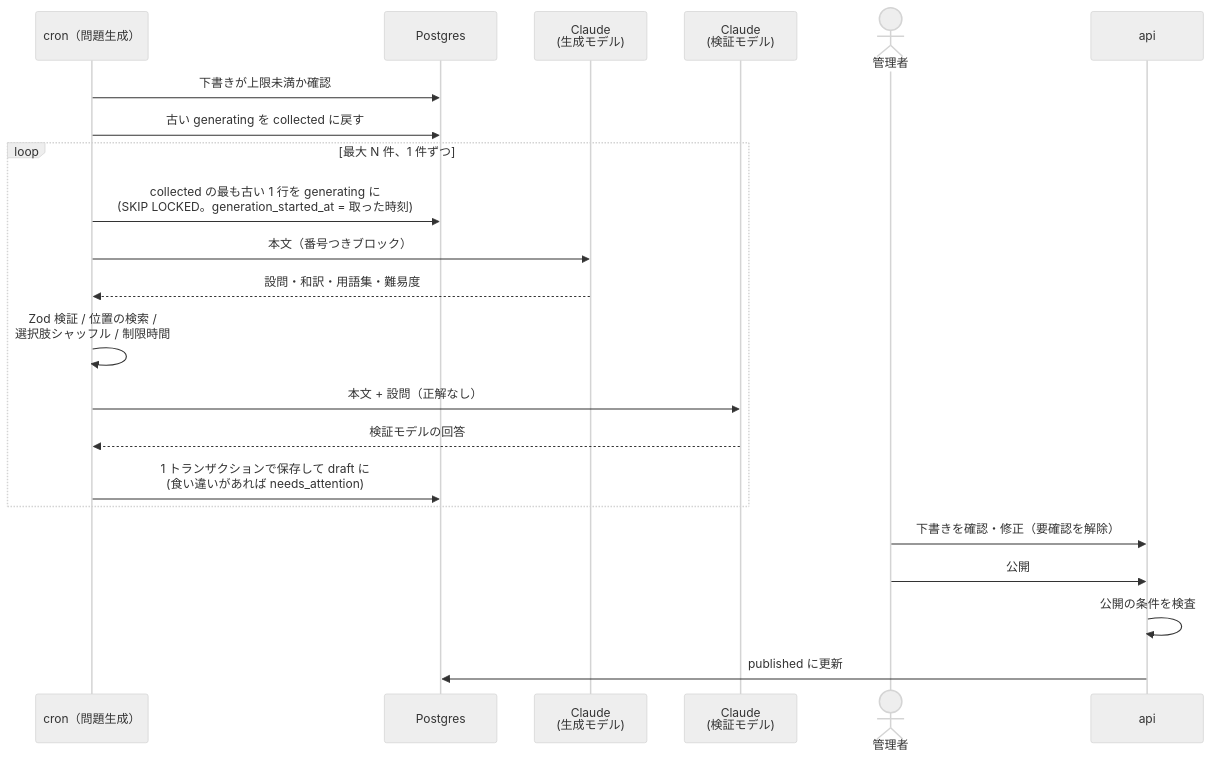
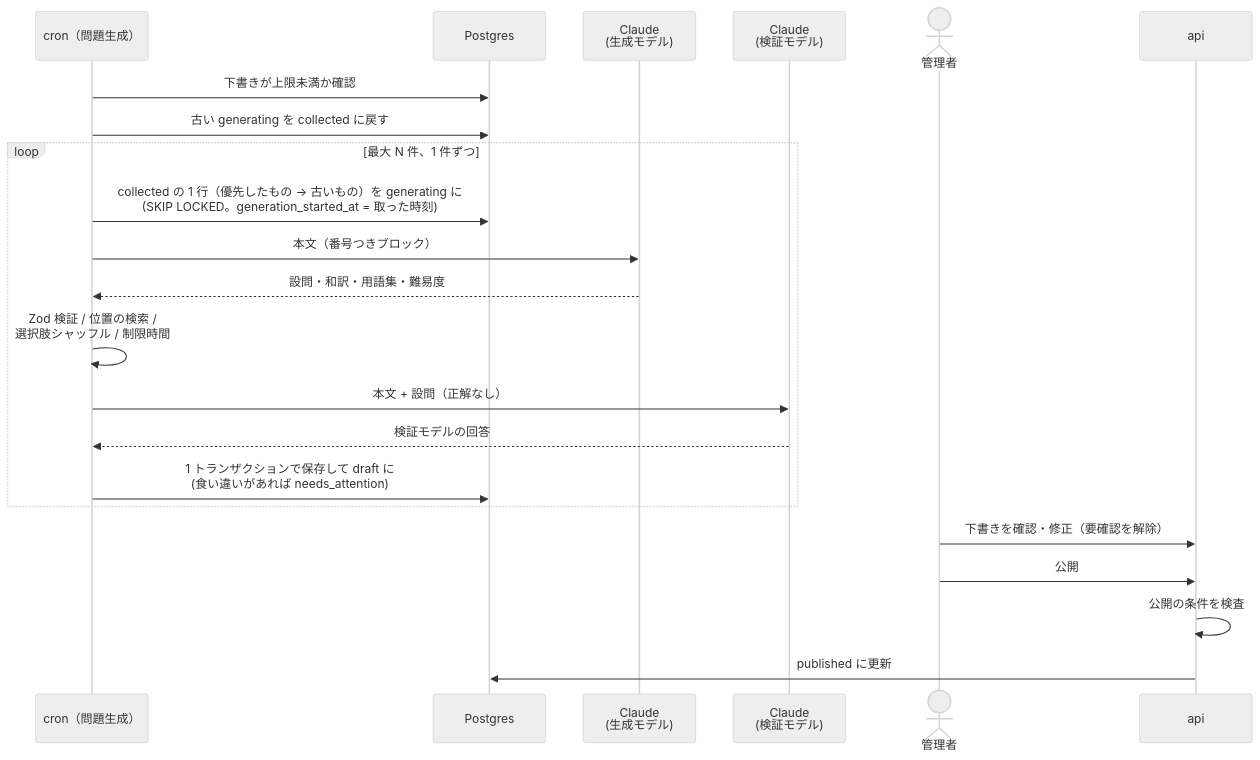
One commit to kentakki416/tech-english changed the third of 3 diagrams in docs/spec/question-generation/README.md. Above: the diagram before and after it, drawn with Mermaid (neutral theme). The commit also changed other lines of this file and 10 other files, not shown here.

````diff
--- a/docs/spec/question-generation/README.md
+++ b/docs/spec/question-generation/README.md
@@ -589,25 +590,25 @@
 ```mermaid
 sequenceDiagram
     participant Cron as cron（問題生成）
     participant DB as Postgres
     participant Gen as Claude<br/>(生成モデル)
     participant Ver as Claude<br/>(検証モデル)
     actor Admin as 管理者
     participant API as api
 
     Cron->>DB: 下書きが上限未満か確認
     Cron->>DB: 古い generating を collected に戻す
     loop 最大 N 件、1 件ずつ
-        Cron->>DB: collected の最も古い 1 行を generating に<br/>(SKIP LOCKED。generation_started_at = 取った時刻)
+        Cron->>DB: collected の 1 行（優先したもの → 古いもの）を generating に<br/>(SKIP LOCKED。generation_started_at = 取った時刻)
         Cron->>Gen: 本文（番号つきブロック）
         Gen-->>Cron: 設問・和訳・用語集・難易度
         Cron->>Cron: Zod 検証 / 位置の検索 /<br/>選択肢シャッフル / 制限時間
         Cron->>Ver: 本文 + 設問（正解なし）
         Ver-->>Cron: 検証モデルの回答
         Cron->>DB: 1 トランザクションで保存して draft に<br/>(食い違いがあれば needs_attention)
     end
     Admin->>API: 下書きを確認・修正（要確認を解除）
     Admin->>API: 公開
     API->>API: 公開の条件を検査
     API->>DB: published に更新
 ```
````
